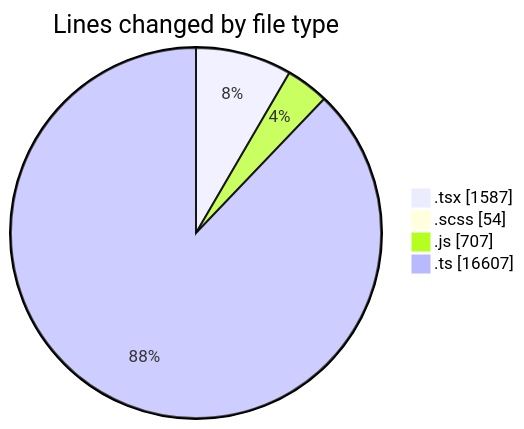
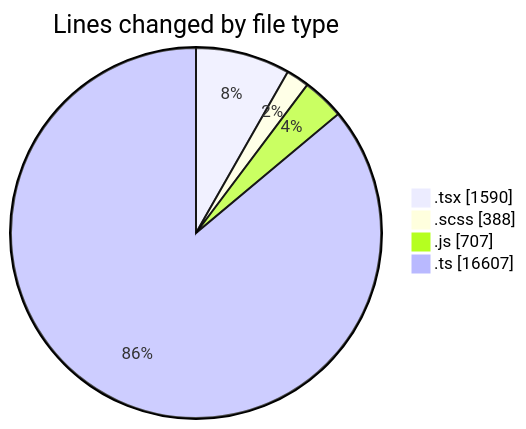
One commit to momahboobian/code-tracking changed the first of 2 diagrams in 2026-07-21/cda/README.md. Above: the diagram before and after it, drawn with Mermaid. The commit also changed other lines of this file and 1 other file, not shown here.

````diff
--- a/2026-07-21/cda/README.md
+++ b/2026-07-21/cda/README.md
@@ -36,8 +37,8 @@
 ```mermaid
 pie showData
 title Lines changed by file type
-".tsx" : 1587
-".scss" : 54
+".tsx" : 1590
+".scss" : 388
 ".js" : 707
 ".ts" : 16607
 ```
````
